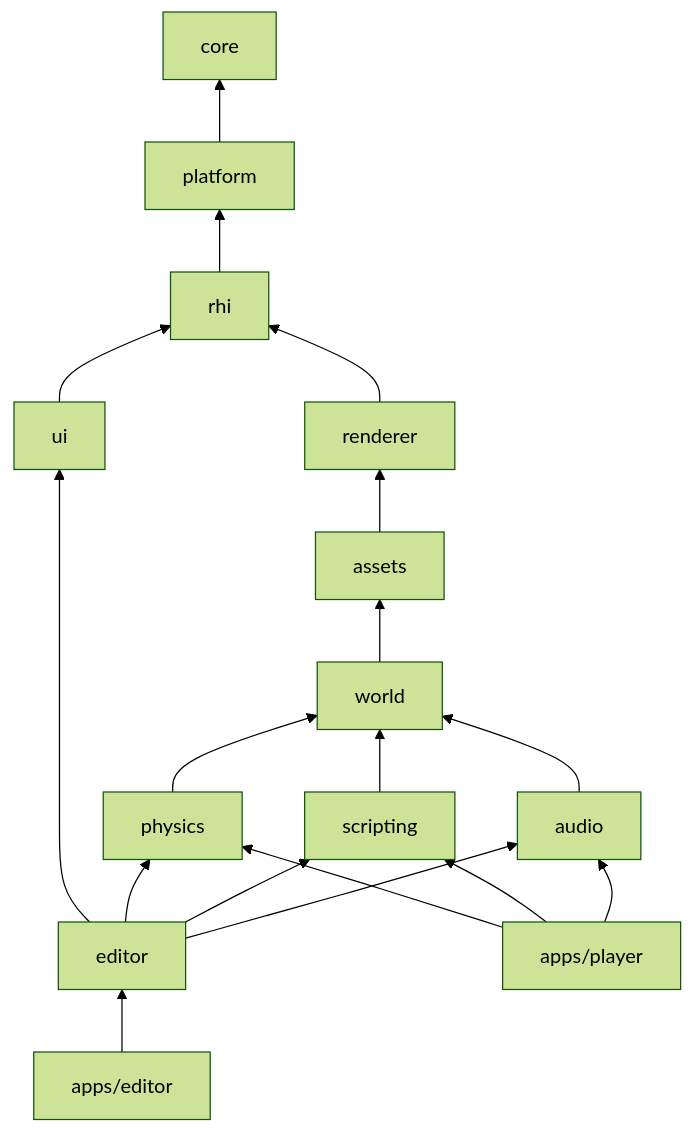
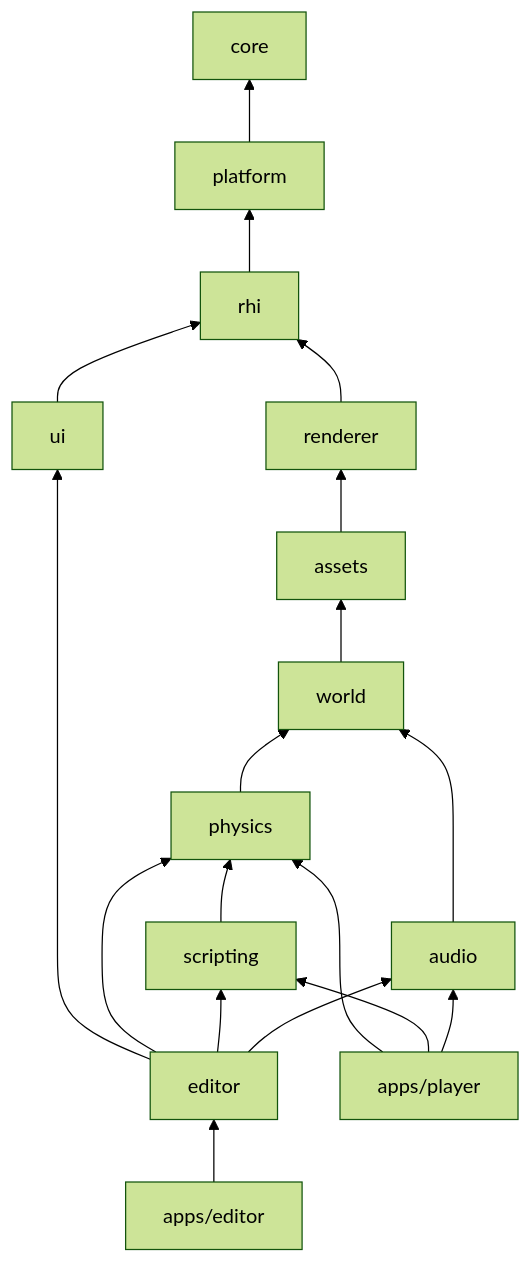
The diagram in README.md (Pacheco95/sonnet), drawn with Mermaid (forest theme) before and after one commit. The commit also changed other lines of this file and 15 other files, not shown here.

````diff
--- a/README.md
+++ b/README.md
@@ -76,21 +76,21 @@
 ```mermaid
 flowchart BT
   core
   platform --> core
   rhi --> platform
   renderer --> rhi
   assets --> renderer
   world --> assets
   physics --> world
-  scripting --> world
+  scripting --> physics
   audio --> world
   ui --> rhi
   editor --> ui
   editor --> physics
   editor --> scripting
   editor --> audio
   appEditor["apps/editor"] --> editor
   appPlayer["apps/player"] --> physics
   appPlayer --> scripting
   appPlayer --> audio
 ```
````
